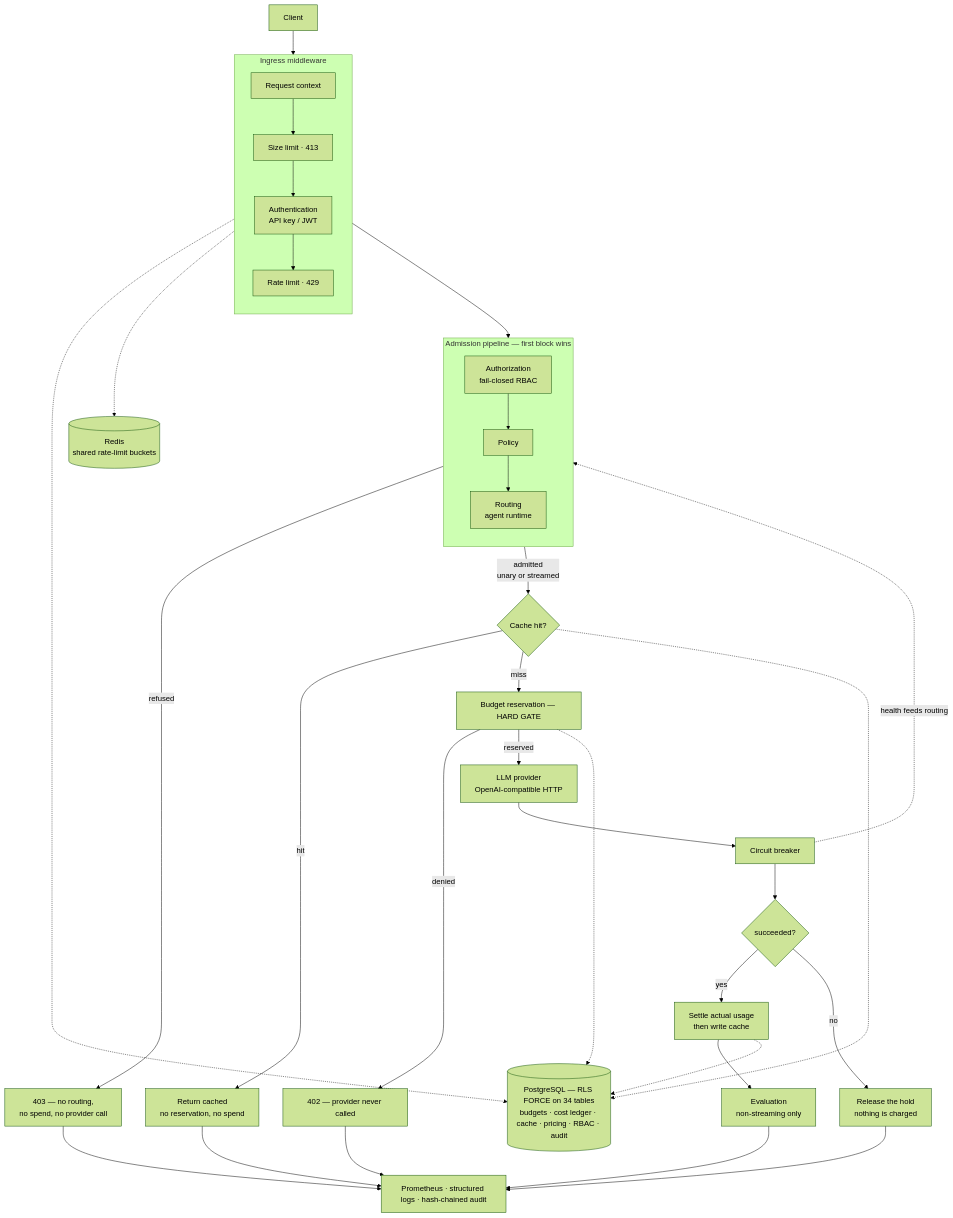
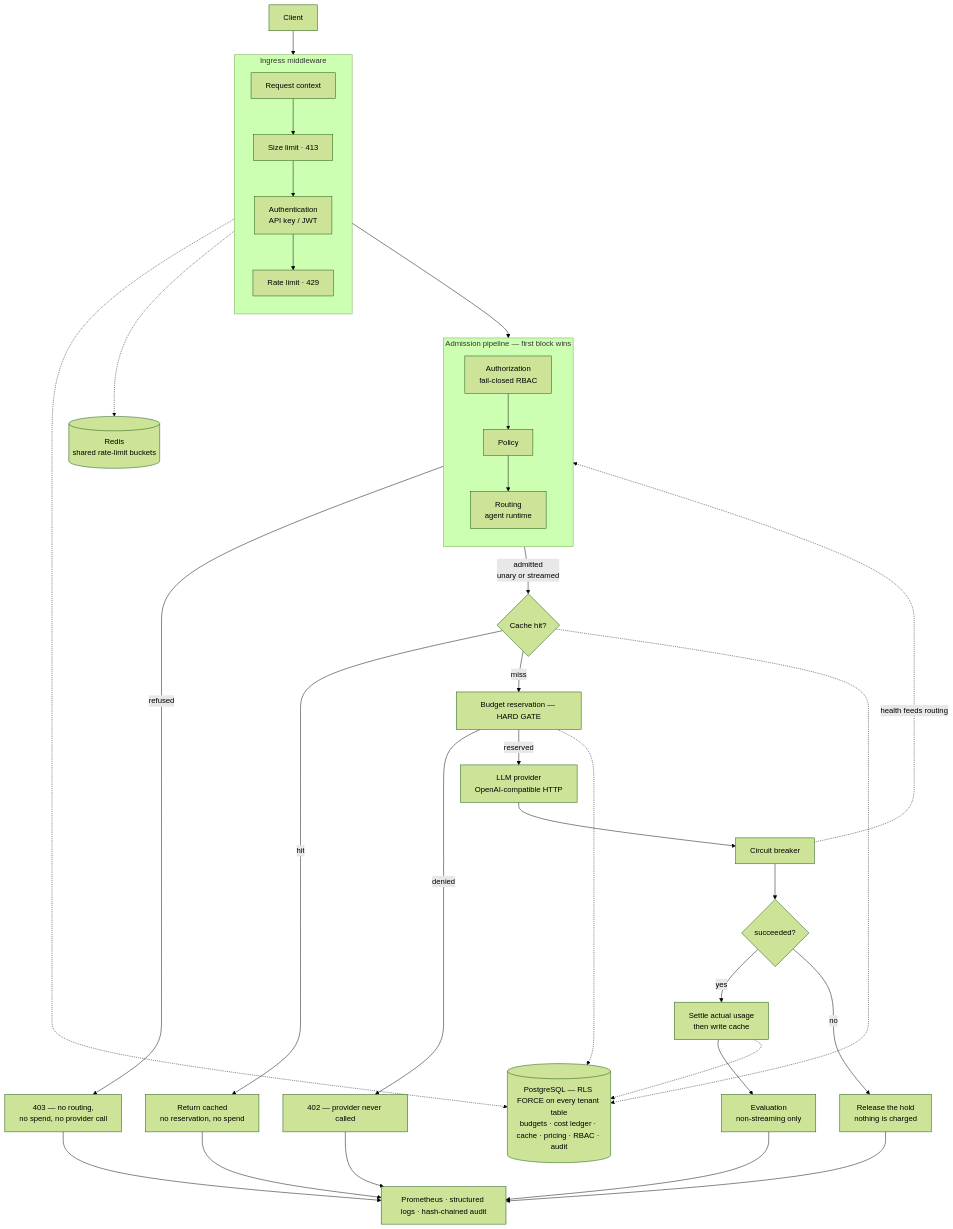
One commit to Stevemeg/enterprise-llm-gateway changed the first of 4 diagrams in README.md. Above: the diagram before and after it, drawn with Mermaid (forest theme). The commit also changed other lines of this file and 2 other files, not shown here.

````diff
--- a/README.md
+++ b/README.md
@@ -104,42 +58,42 @@
 ```mermaid
 flowchart TB
     C["Client"] --> ING
 
     subgraph ING["Ingress middleware"]
         direction TB
         I1["Request context"] --> I2["Size limit · 413"] --> I3["Authentication<br/>API key / JWT"] --> I4["Rate limit · 429"]
     end
 
     ING --> PIPE
 
     subgraph PIPE["Admission pipeline — first block wins"]
         direction TB
         P1["Authorization<br/>fail-closed RBAC"] --> P2["Policy"] --> P3["Routing<br/>agent runtime"]
     end
 
     PIPE -->|refused| DENY["403 — no routing,<br/>no spend, no provider call"]
     PIPE -->|admitted<br/>unary or streamed| CACHE{"Cache hit?"}
     CACHE -->|hit| HIT["Return cached<br/>no reservation, no spend"]
     CACHE -->|miss| RES["Budget reservation — HARD GATE"]
     RES -->|denied| B402["402 — provider never called"]
     RES -->|reserved| PROV["LLM provider<br/>OpenAI-compatible HTTP"]
     PROV --> CB["Circuit breaker"] --> OK{"succeeded?"}
     OK -->|yes| SETTLE["Settle actual usage<br/>then write cache"] --> EVAL["Evaluation<br/>non-streaming only"]
     OK -->|no| REL["Release the hold<br/>nothing is charged"]
 
     OBS["Prometheus · structured logs · hash-chained audit"]
     EVAL --> OBS
     REL --> OBS
     HIT --> OBS
     DENY --> OBS
     B402 --> OBS
     CB -.->|health feeds routing| P3
 
-    PG[("PostgreSQL — RLS FORCE on 34 tables<br/>budgets · cost ledger · cache · pricing · RBAC · audit")]
+    PG[("PostgreSQL — RLS FORCE on every tenant table<br/>budgets · cost ledger · cache · pricing · RBAC · audit")]
     RD[("Redis<br/>shared rate-limit buckets")]
     RES -.-> PG
     CACHE -.-> PG
     SETTLE -.-> PG
     I3 -.-> PG
     I4 -.-> RD
 ```
````
